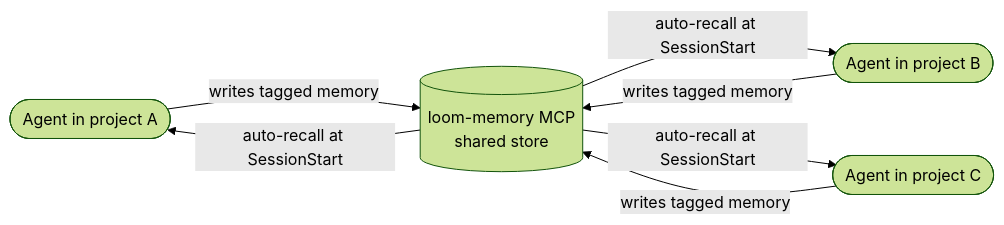
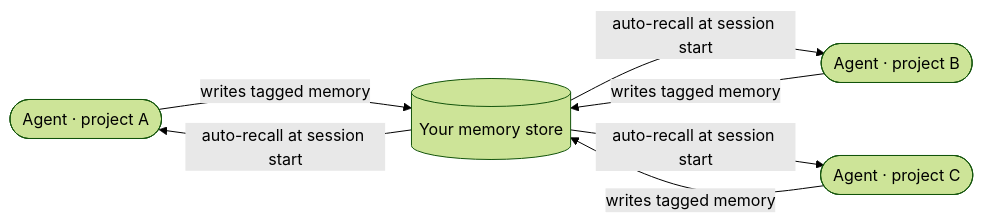
The diagram in apps/docs-site/src/content/docs/explanation/sharing-intelligence-across-projects.md (Lizo-RoadTown/tapestry), drawn with Mermaid (forest theme) before and after one commit. The commit also changed other lines of this file and 11 other files, not shown here.

````diff
--- a/apps/docs-site/src/content/docs/explanation/sharing-intelligence-across-projects.md
+++ b/apps/docs-site/src/content/docs/explanation/sharing-intelligence-across-projects.md
@@ -48,14 +14,13 @@
 ```mermaid
 flowchart LR
-  A([Agent in project A])
-  B([Agent in project B])
-  C([Agent in project C])
-  MEM[(loom-memory MCP<br/>shared store)]
-
-  A -->|"writes tagged memory"| MEM
-  B -->|"writes tagged memory"| MEM
-  C -->|"writes tagged memory"| MEM
-  MEM -->|"auto-recall at SessionStart"| A
-  MEM -->|"auto-recall at SessionStart"| B
-  MEM -->|"auto-recall at SessionStart"| C
+  A([Agent · project A])
+  B([Agent · project B])
+  C([Agent · project C])
+  MEM[(Your memory store)]
+  A -->|writes tagged memory| MEM
+  B -->|writes tagged memory| MEM
+  C -->|writes tagged memory| MEM
+  MEM -->|auto-recall at session start| A
+  MEM -->|auto-recall at session start| B
+  MEM -->|auto-recall at session start| C
 ```
````
